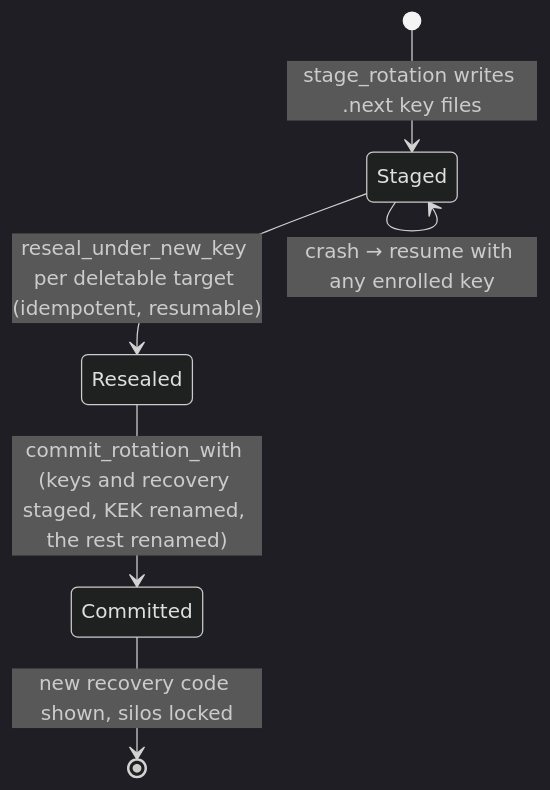
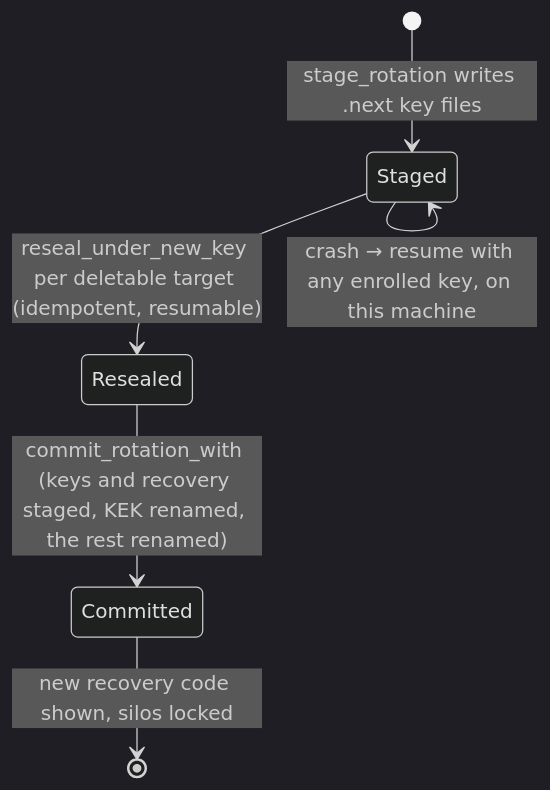
One commit to silentsilo/core changed the third of 4 diagrams in docs/ARCHITECTURE.md. Above: the diagram before and after it, drawn with Mermaid (dark theme). The commit also changed other lines of this file and 38 other files, not shown here.

````diff
--- a/docs/ARCHITECTURE.md
+++ b/docs/ARCHITECTURE.md
@@ -188,8 +188,8 @@
 ```mermaid
 stateDiagram-v2
     [*] --> Staged: stage_rotation writes .next key files
     Staged --> Resealed: reseal_under_new_key per deletable target (idempotent, resumable)
     Resealed --> Committed: commit_rotation_with (keys and recovery staged, KEK renamed, the rest renamed)
-    Staged --> Staged: crash → resume with any enrolled key
+    Staged --> Staged: crash → resume with any enrolled key, on this machine
     Committed --> [*]: new recovery code shown, silos locked
 ```
````
